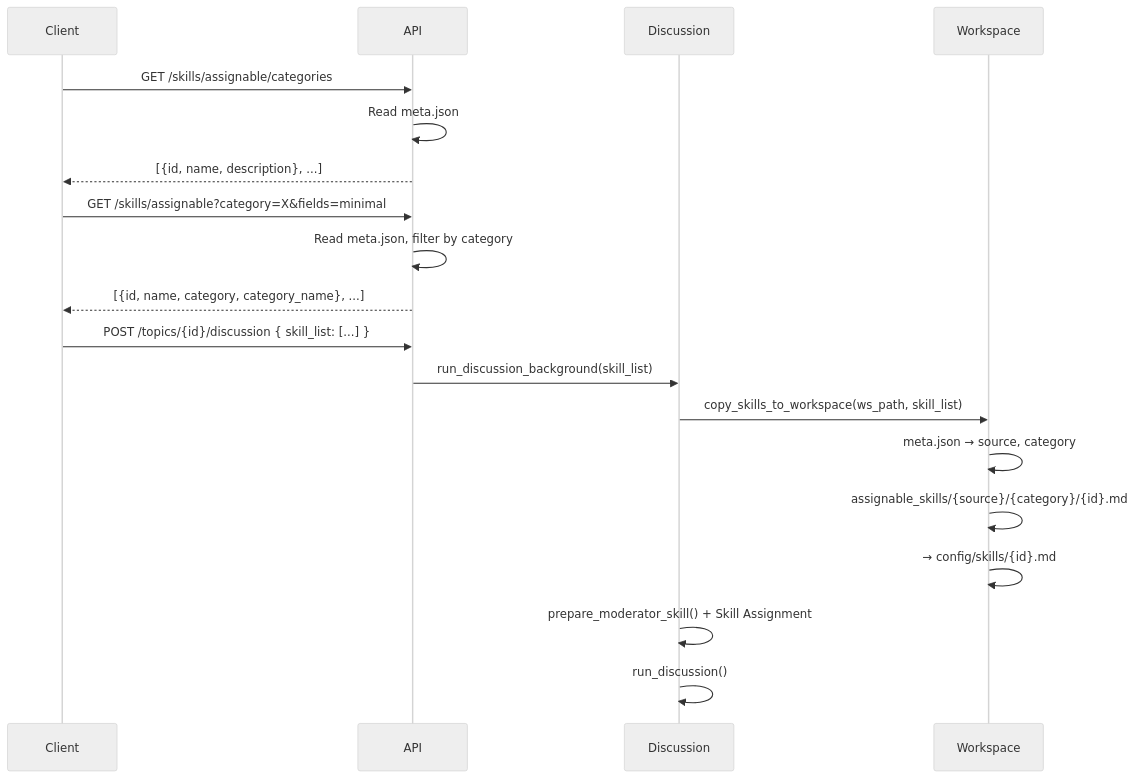
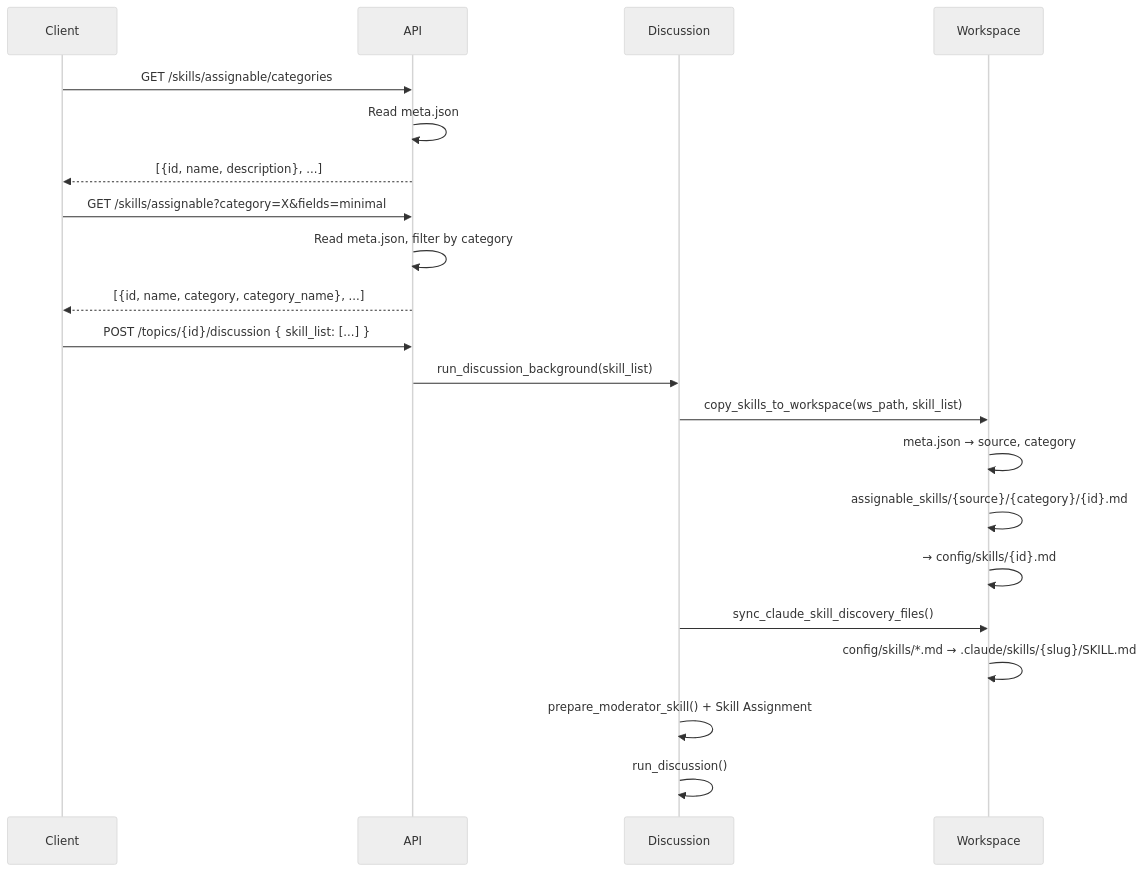
Before and after one commit to Oops-maker/Resonnet: the first of 5 diagrams in docs/assignable-skills-flow.md, drawn with Mermaid (neutral theme). The commit also changed other lines of this file and 5 other files, not shown here.

First line of the commit message:
feat(agent): auto-discover workspace skills in sdk runs

````diff
--- a/docs/assignable-skills-flow.md
+++ b/docs/assignable-skills-flow.md
@@ -16,24 +16,26 @@
 ```mermaid
 sequenceDiagram
     participant Client
     participant API
     participant Discussion
     participant Workspace
 
     Client->>API: GET /skills/assignable/categories
     API->>API: Read meta.json
     API-->>Client: [{id, name, description}, ...]
 
     Client->>API: GET /skills/assignable?category=X&fields=minimal
     API->>API: Read meta.json, filter by category
     API-->>Client: [{id, name, category, category_name}, ...]
 
     Client->>API: POST /topics/{id}/discussion { skill_list: [...] }
     API->>Discussion: run_discussion_background(skill_list)
     Discussion->>Workspace: copy_skills_to_workspace(ws_path, skill_list)
     Workspace->>Workspace: meta.json → source, category
     Workspace->>Workspace: assignable_skills/{source}/{category}/{id}.md
     Workspace->>Workspace: → config/skills/{id}.md
+    Discussion->>Workspace: sync_claude_skill_discovery_files()
+    Workspace->>Workspace: config/skills/*.md → .claude/skills/{slug}/SKILL.md
     Discussion->>Discussion: prepare_moderator_skill() + Skill Assignment
     Discussion->>Discussion: run_discussion()
 ```
````
